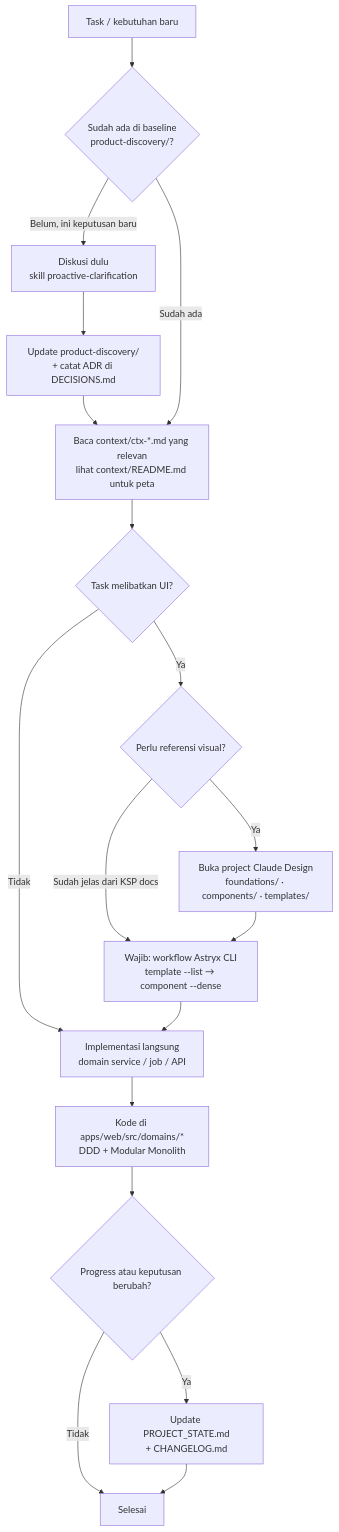
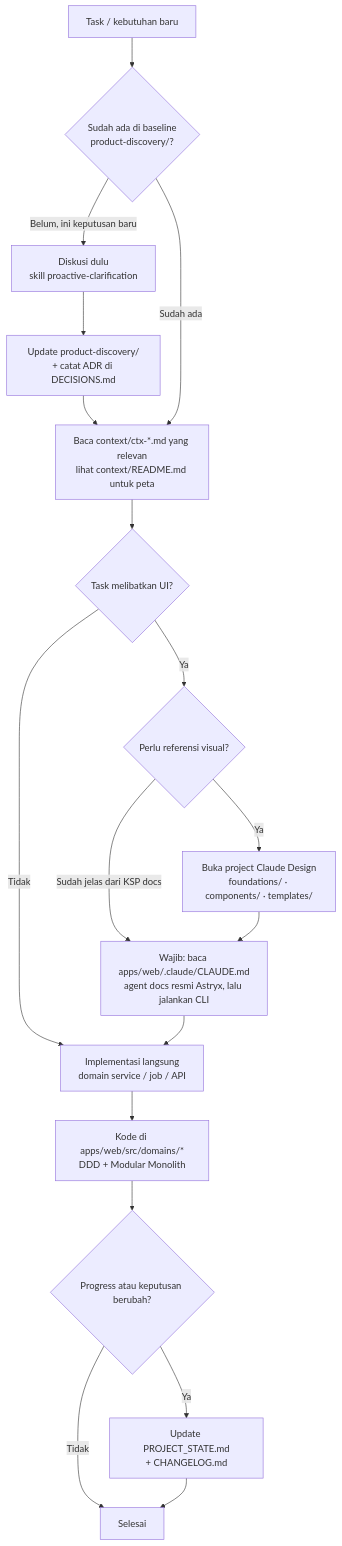
One commit to reziSaktiva/social-media-management changed the first of 3 diagrams in project-manager/DEVELOPER_WORKFLOW.md. Above: the diagram before and after it, drawn with Mermaid. The commit also changed 5 other files, not shown here.

First line of the commit message:
docs: replace manual Astryx workflow with official agent docs + MCP server

````diff
--- a/project-manager/DEVELOPER_WORKFLOW.md
+++ b/project-manager/DEVELOPER_WORKFLOW.md
@@ -21,24 +21,24 @@
 ```mermaid
 flowchart TD
   A[Task / kebutuhan baru] --> B{Sudah ada di baseline<br/>product-discovery/?}
 
   B -->|Belum, ini keputusan baru| C[Diskusi dulu<br/>skill proactive-clarification]
   C --> D[Update product-discovery/<br/>+ catat ADR di DECISIONS.md]
   D --> E
   B -->|Sudah ada| E[Baca context/ctx-*.md yang relevan<br/>lihat context/README.md untuk peta]
 
   E --> F{Task melibatkan UI?}
   F -->|Tidak| K[Implementasi langsung<br/>domain service / job / API]
 
   F -->|Ya| G{Perlu referensi visual?}
   G -->|Ya| H[Buka project Claude Design<br/>foundations/ · components/ · templates/]
   G -->|Sudah jelas dari KSP docs| I
-  H --> I[Wajib: workflow Astryx CLI<br/>template --list → component --dense]
+  H --> I[Wajib: baca apps/web/.claude/CLAUDE.md<br/>agent docs resmi Astryx, lalu jalankan CLI]
   I --> K
 
   K --> L[Kode di apps/web/src/domains/*<br/>DDD + Modular Monolith]
   L --> M{Progress atau keputusan berubah?}
   M -->|Ya| N[Update PROJECT_STATE.md<br/>+ CHANGELOG.md]
   M -->|Tidak| O[Selesai]
   N --> O[Selesai]
 ```
````
